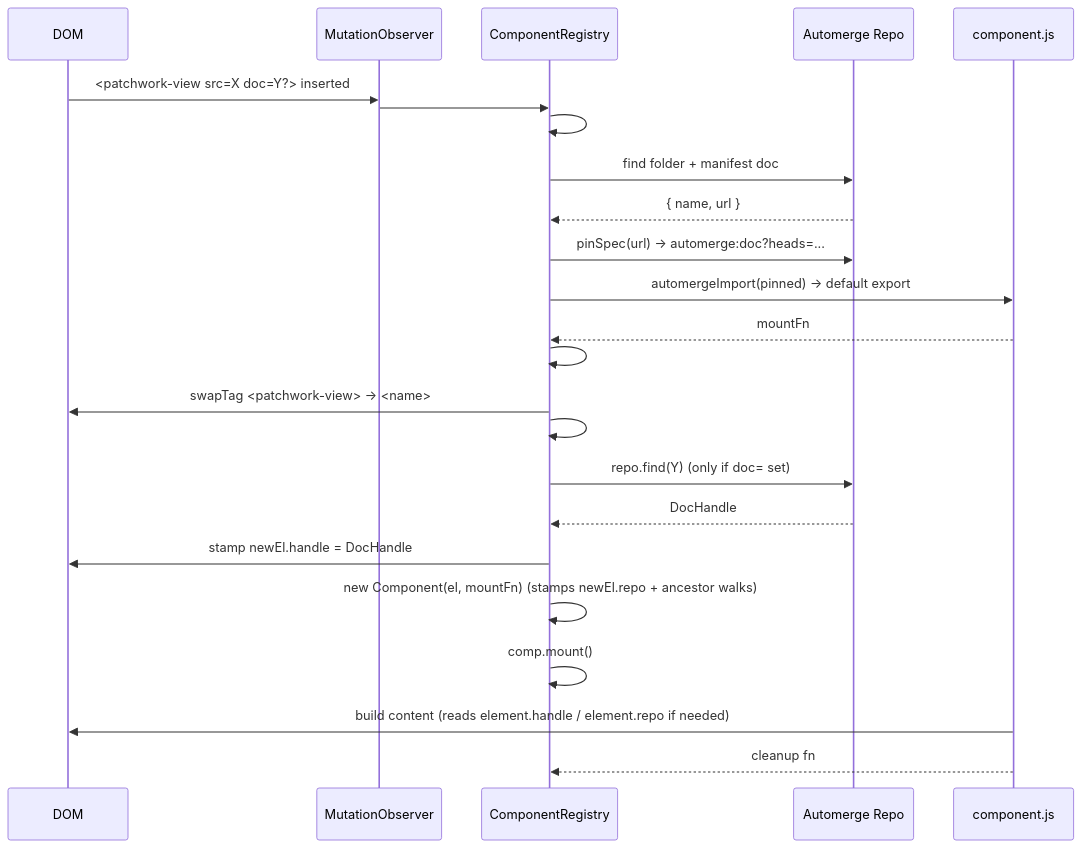
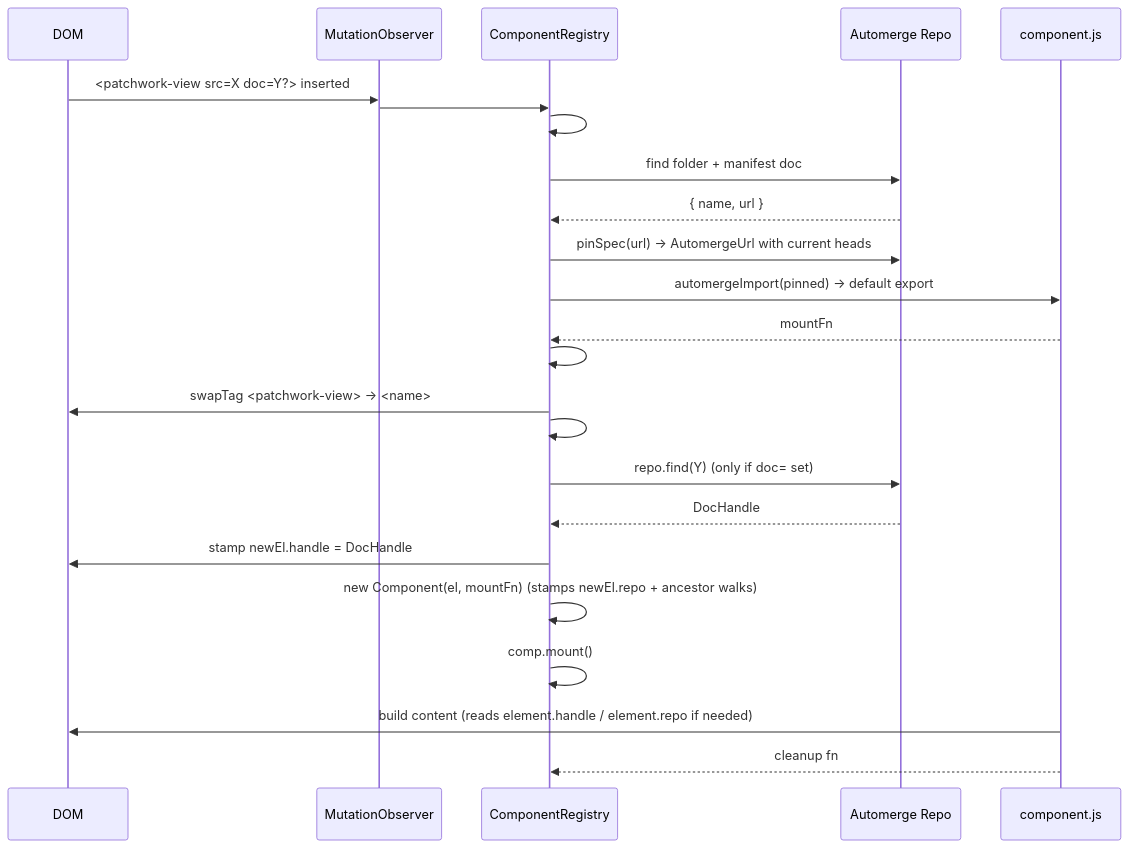
The diagram in docs/lifecycle.md (paulsonnentag/overlock-patchwork), drawn with Mermaid before and after one commit. The commit also changed 6 other files, not shown here.

First line of the commit message:
replace manual ?heads= parsing with automerge url helpers

````diff
--- a/docs/lifecycle.md
+++ b/docs/lifecycle.md
@@ -10,27 +10,27 @@
 ```mermaid
 sequenceDiagram
   participant DOM
   participant MO as MutationObserver
   participant Reg as ComponentRegistry
   participant Repo as Automerge Repo
   participant Mod as component.js
 
   DOM->>MO: <patchwork-view src=X doc=Y?> inserted
   MO->>Reg: #handleElement(el)
   Reg->>Reg: #ensureLoaded(X) (dedupes parallel calls)
   Reg->>Repo: find folder + manifest doc
   Repo-->>Reg: { name, url }
-  Reg->>Repo: pinSpec(url) -> automerge:doc?heads=...
+  Reg->>Repo: pinSpec(url) -> AutomergeUrl with current heads
   Reg->>Mod: automergeImport(pinned) -> default export
   Mod-->>Reg: mountFn
   Reg->>Reg: #registerComponent(name, mountFn) (collision -> throw)
   Reg->>DOM: swapTag <patchwork-view> -> <name>
   Reg->>Reg: #resolveContext(newEl) — read doc=, find <automerge-repo>
   Reg->>Repo: repo.find(Y) (only if doc= set)
   Repo-->>Reg: DocHandle
   Reg->>DOM: stamp newEl.handle = DocHandle
   Reg->>Reg: new Component(el, mountFn) (stamps newEl.repo + ancestor walks)
   Reg->>Reg: comp.mount()
   Mod->>DOM: build content (reads element.handle / element.repo if needed)
   Mod-->>Reg: cleanup fn
 ```
````
